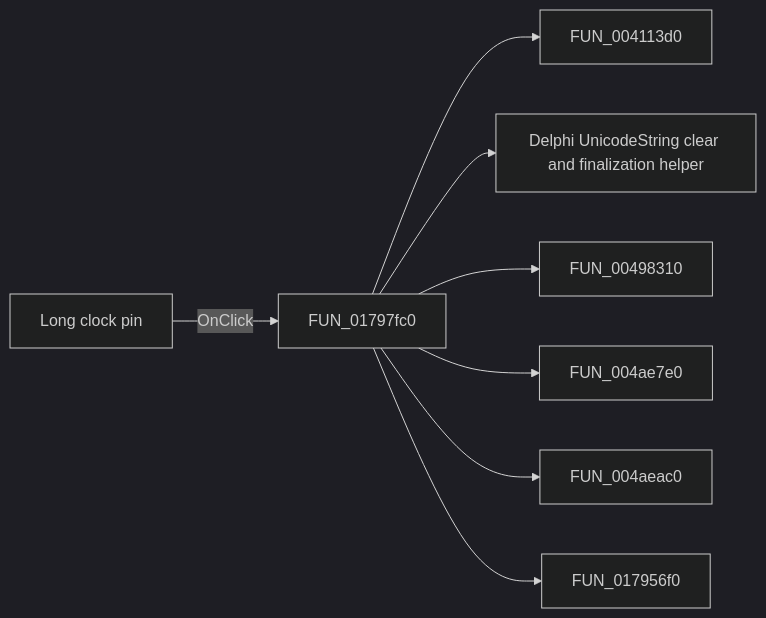
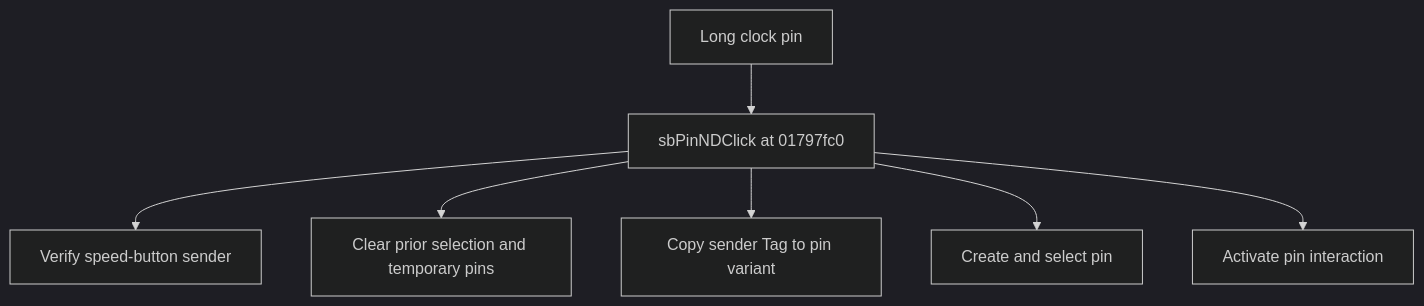
One commit to MovGP0/TIARA changed the diagram in docs/ui-controls/shapeedit/sbpinlc-02c49045d3.md. Above: the diagram before and after it, drawn with Mermaid (dark theme). The commit also changed other lines of this file and 1062 other files, not shown here.

````diff
--- a/docs/ui-controls/shapeedit/sbpinlc-02c49045d3.md
+++ b/docs/ui-controls/shapeedit/sbpinlc-02c49045d3.md
@@ -27,10 +27,9 @@
 ```mermaid
-flowchart LR
-    control["Long clock pin"] -->|OnClick| handler["FUN_01797fc0"]
-    handler --> call1["FUN_004113d0"]
-    handler --> call2["Delphi UnicodeString clear and finalization helper"]
-    handler --> call3["FUN_00498310"]
-    handler --> call4["FUN_004ae7e0"]
-    handler --> call5["FUN_004aeac0"]
-    handler --> call6["FUN_017956f0"]
+flowchart TD
+    control["Long clock pin"] --> handler["sbPinNDClick at 01797fc0"]
+    handler --> step1["Verify speed-button sender"]
+    handler --> step2["Clear prior selection and temporary pins"]
+    handler --> step3["Copy sender Tag to pin variant"]
+    handler --> step4["Create and select pin"]
+    handler --> step5["Activate pin interaction"]
 ```
````
